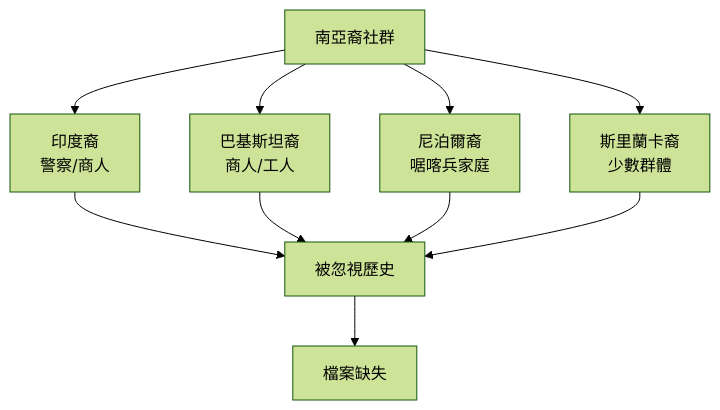
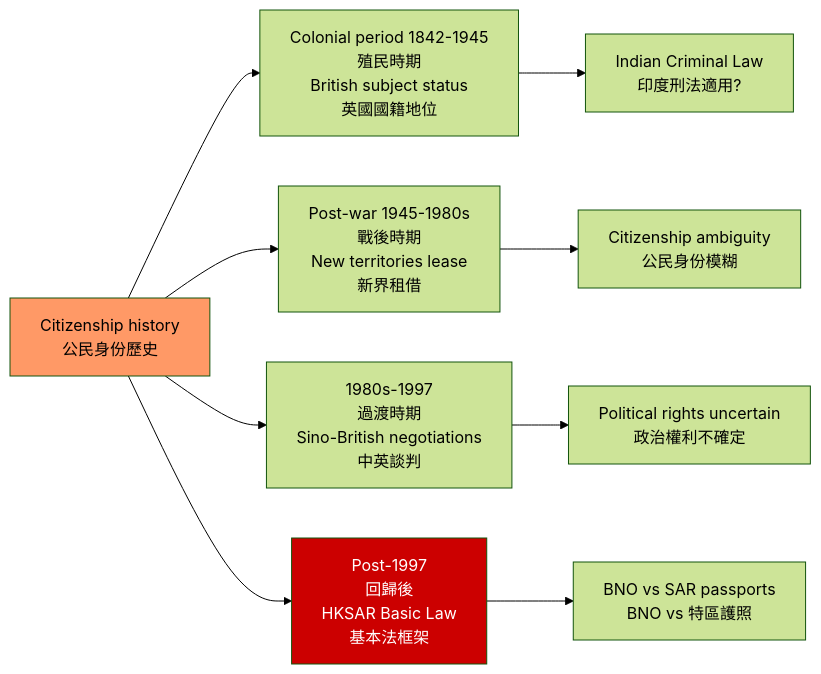
One commit to yip-lgtm/HKU-Harvard-History-Self-Study changed the fifth of 5 diagrams in 01_HKU_Courses/HIST4038_Migration_and_Archives.md. Above: the diagram before and after it, drawn with Mermaid (forest theme). The commit also changed other lines of this file and 25 other files, not shown here.

````diff
--- a/01_HKU_Courses/HIST4038_Migration_and_Archives.md
+++ b/01_HKU_Courses/HIST4038_Migration_and_Archives.md
@@ -360,12 +188,15 @@
 ```mermaid
-flowchart TD
-    A[南亞裔社群] --> B[印度裔<br/>警察/商人]
-    A --> C[巴基斯坦裔<br/>商人/工人]
-    A --> D[尼泊爾裔<br/>啹喀兵家庭]
-    A --> E[斯里蘭卡裔<br/>少數群體]
-    B --> F[被忽視歷史]
-    C --> F
-    D --> F
-    E --> F
-    F --> G[檔案缺失]
+graph LR
+    A[Citizenship history<br/>公民身份歷史] --> B[Colonial period 1842-1945<br/>殖民時期<br/>British subject status<br/>英國國籍地位]
+    A --> C[Post-war 1945-1980s<br/>戰後時期<br/>New territories lease<br/>新界租借]
+    A --> D[1980s-1997<br/>過渡時期<br/>Sino-British negotiations<br/>中英談判]
+    A --> E[Post-1997<br/>回歸後<br/>HKSAR Basic Law<br/>基本法框架]
+    
+    B --> B1[Indian Criminal Law<br/>印度刑法適用?]
+    C --> C1[Citizenship ambiguity<br/>公民身份模糊]
+    D --> D1[Political rights uncertain<br/>政治權利不確定]
+    E --> E1[BNO vs SAR passports<br/>BNO vs 特區護照]
+    
+    style A fill:#f96
+    style E fill:#c00,color:#fff
 ```
````
